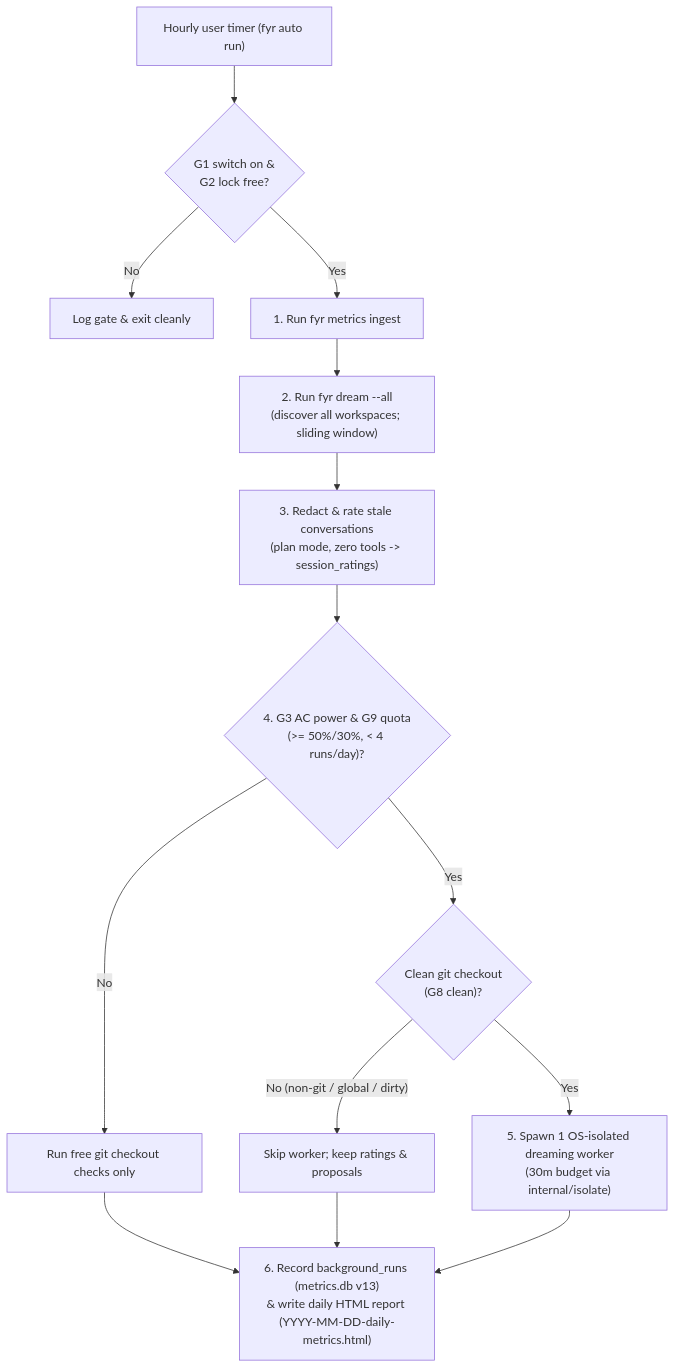
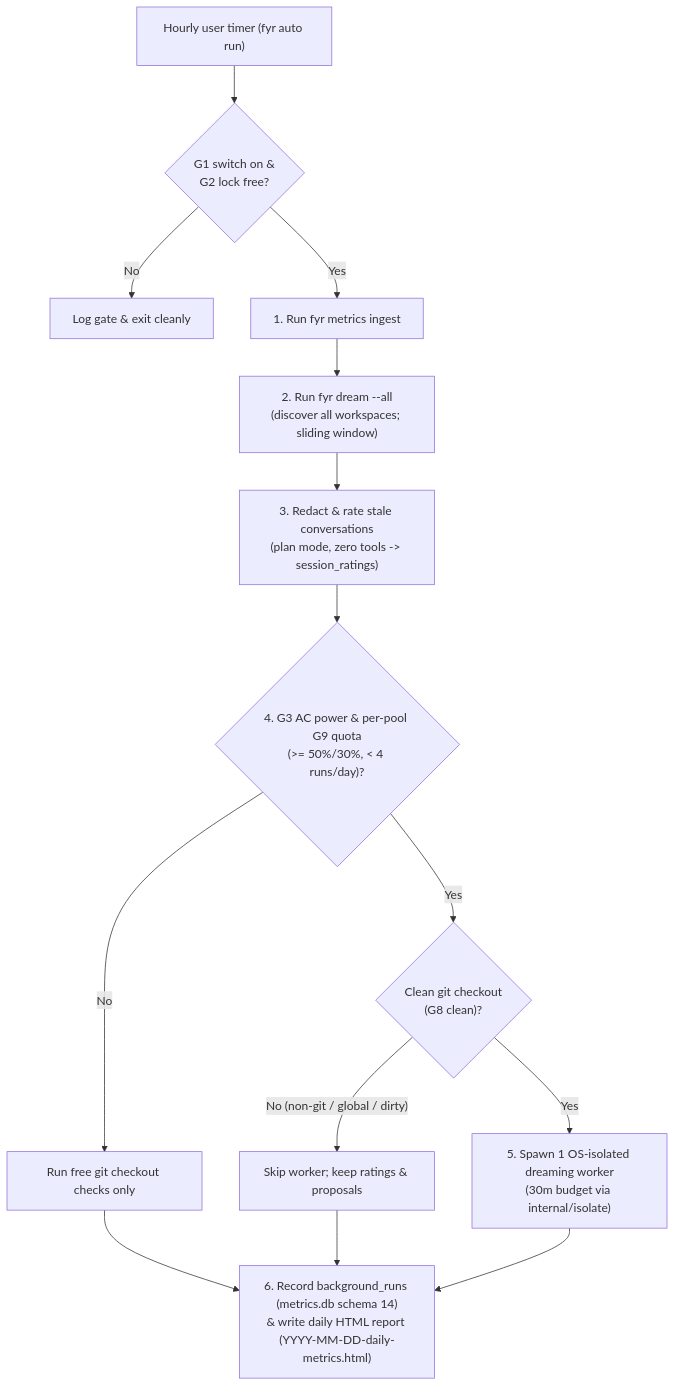
Before and after one commit to kesokaj/fyr: the first of 2 diagrams in features/dream-and-auto.md, drawn with Mermaid. The commit also changed other lines of this file and 8 other files, not shown here.

````diff
--- a/features/dream-and-auto.md
+++ b/features/dream-and-auto.md
@@ -9,16 +9,16 @@
 ```mermaid
 flowchart TD
     timerTick["Hourly user timer (fyr auto run)"] --> g1Switch{"G1 switch on &\nG2 lock free?"}
     g1Switch -- "No" --> stopEarly["Log gate & exit cleanly"]
     g1Switch -- "Yes" --> ingestStep["1. Run fyr metrics ingest"]
     ingestStep --> dreamStep["2. Run fyr dream --all\n(discover all workspaces; sliding window)"]
     dreamStep --> rateStep["3. Redact & rate stale conversations\n(plan mode, zero tools -> session_ratings)"]
-    rateStep --> machineGates{"4. G3 AC power & G9 quota\n(>= 50%/30%, < 4 runs/day)?"}
+    rateStep --> machineGates{"4. G3 AC power & per-pool G9 quota\n(>= 50%/30%, < 4 runs/day)?"}
     machineGates -- "No" --> freeChecks["Run free git checkout checks only"]
     machineGates -- "Yes" --> workerGate{"Clean git checkout\n(G8 clean)?"}
     workerGate -- "No (non-git / global / dirty)" --> keepProposals["Skip worker; keep ratings & proposals"]
     workerGate -- "Yes" --> runWorker["5. Spawn 1 OS-isolated dreaming worker\n(30m budget via internal/isolate)"]
-    freeChecks --> finishStep["6. Record background_runs (metrics.db v13)\n& write daily HTML report (YYYY-MM-DD-daily-metrics.html)"]
+    freeChecks --> finishStep["6. Record background_runs (metrics.db schema 14)\n& write daily HTML report (YYYY-MM-DD-daily-metrics.html)"]
     keepProposals --> finishStep
     runWorker --> finishStep
 ```
````
